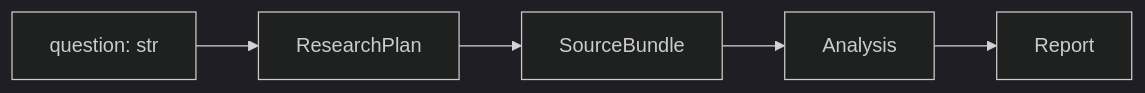
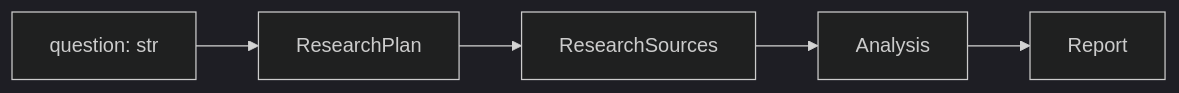
Before and after one commit to lyoness1/agent-orchestration-mcp: the third of 4 diagrams in DESIGN.md, drawn with Mermaid (dark theme). The commit also changed other lines of this file and 18 other files, not shown here.

````diff
--- a/DESIGN.md
+++ b/DESIGN.md
@@ -168,7 +168,7 @@
 ```mermaid
 flowchart LR
     Q["question: str"] --> RP["ResearchPlan"]
-    RP --> SB["SourceBundle"]
-    SB --> AN["Analysis"]
+    RP --> RS["ResearchSources"]
+    RS --> AN["Analysis"]
     AN --> REP["Report"]
 ```
````
